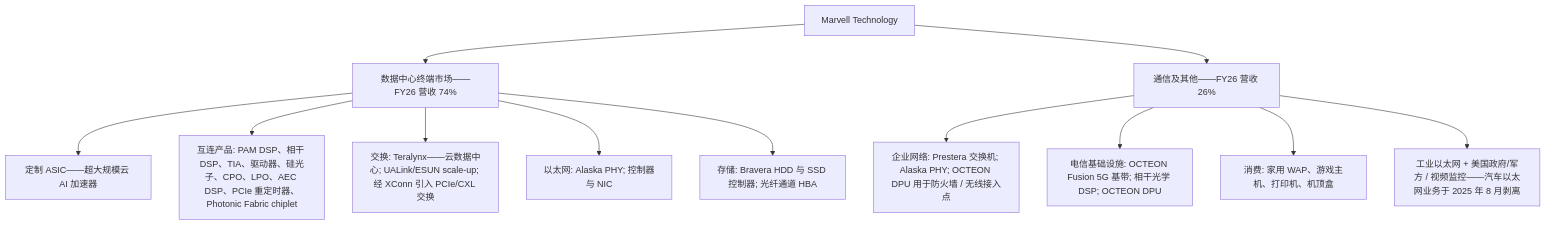
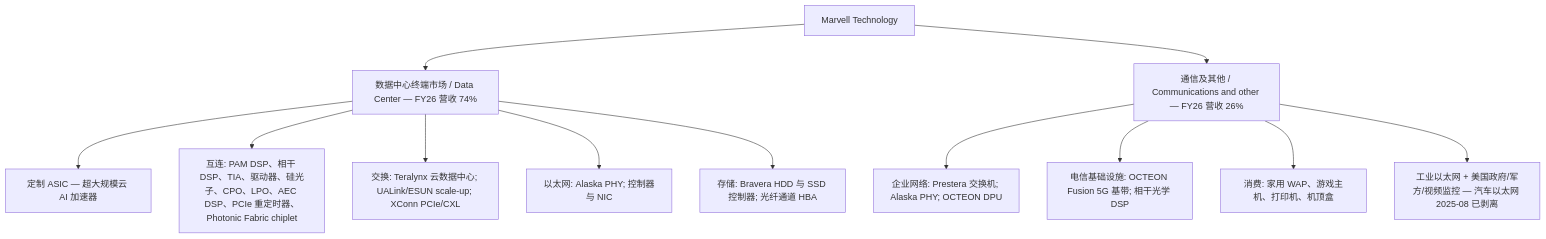
One commit to dadachundan/financial_agent changed the first of 4 diagrams in reports/company/Marvell_NASDAQ_MRVL/Marvell_NASDAQ_MRVL_公司研究.md. Above: the diagram before and after it, drawn with Mermaid. The commit also changed other lines of this file, not shown here.

First line of the commit message:
feat(company-research): refresh Marvell (NASDAQ:MRVL) — decision layer + full SVG chart suite

````diff
--- a/reports/company/Marvell_NASDAQ_MRVL/Marvell_NASDAQ_MRVL_公司研究.md
+++ b/reports/company/Marvell_NASDAQ_MRVL/Marvell_NASDAQ_MRVL_公司研究.md
@@ -147,14 +490,14 @@
 ```mermaid
 graph TD
-    M[Marvell Technology] --> DC[数据中心终端市场——FY26 营收 74%]
-    M --> CO[通信及其他——FY26 营收 26%]
-    DC --> ASIC[定制 ASIC——超大规模云 AI 加速器]
-    DC --> IC[互连产品: PAM DSP、相干 DSP、TIA、驱动器、硅光子、CPO、LPO、AEC DSP、PCIe 重定时器、Photonic Fabric chiplet]
-    DC --> SW[交换: Teralynx——云数据中心; UALink/ESUN scale-up; 经 XConn 引入 PCIe/CXL 交换]
-    DC --> ETH[以太网: Alaska PHY; 控制器与 NIC]
-    DC --> STG[存储: Bravera HDD 与 SSD 控制器; 光纤通道 HBA]
-    CO --> ENET[企业网络: Prestera 交换机; Alaska PHY; OCTEON DPU 用于防火墙 / 无线接入点]
-    CO --> CARR[电信基础设施: OCTEON Fusion 5G 基带; 相干光学 DSP; OCTEON DPU]
-    CO --> CONS[消费: 家用 WAP、游戏主机、打印机、机顶盒]
-    CO --> AUTOIND[工业以太网 + 美国政府/军方 / 视频监控——汽车以太网业务于 2025 年 8 月剥离]
+    M[Marvell Technology] --> DC["数据中心终端市场 / Data Center — FY26 营收 74%"]
+    M --> CO["通信及其他 / Communications and other — FY26 营收 26%"]
+    DC --> ASIC["定制 ASIC — 超大规模云 AI 加速器"]
+    DC --> IC["互连: PAM DSP、相干 DSP、TIA、驱动器、硅光子、CPO、LPO、AEC DSP、PCIe 重定时器、Photonic Fabric chiplet"]
+    DC --> SW["交换: Teralynx 云数据中心; UALink/ESUN scale-up; XConn PCIe/CXL"]
+    DC --> ETH["以太网: Alaska PHY; 控制器与 NIC"]
+    DC --> STG["存储: Bravera HDD 与 SSD 控制器; 光纤通道 HBA"]
+    CO --> ENET["企业网络: Prestera 交换机; Alaska PHY; OCTEON DPU"]
+    CO --> CARR["电信基础设施: OCTEON Fusion 5G 基带; 相干光学 DSP"]
+    CO --> CONS["消费: 家用 WAP、游戏主机、打印机、机顶盒"]
+    CO --> AUTOIND["工业以太网 + 美国政府/军方/视频监控 — 汽车以太网 2025-08 已剥离"]
 ```
````
